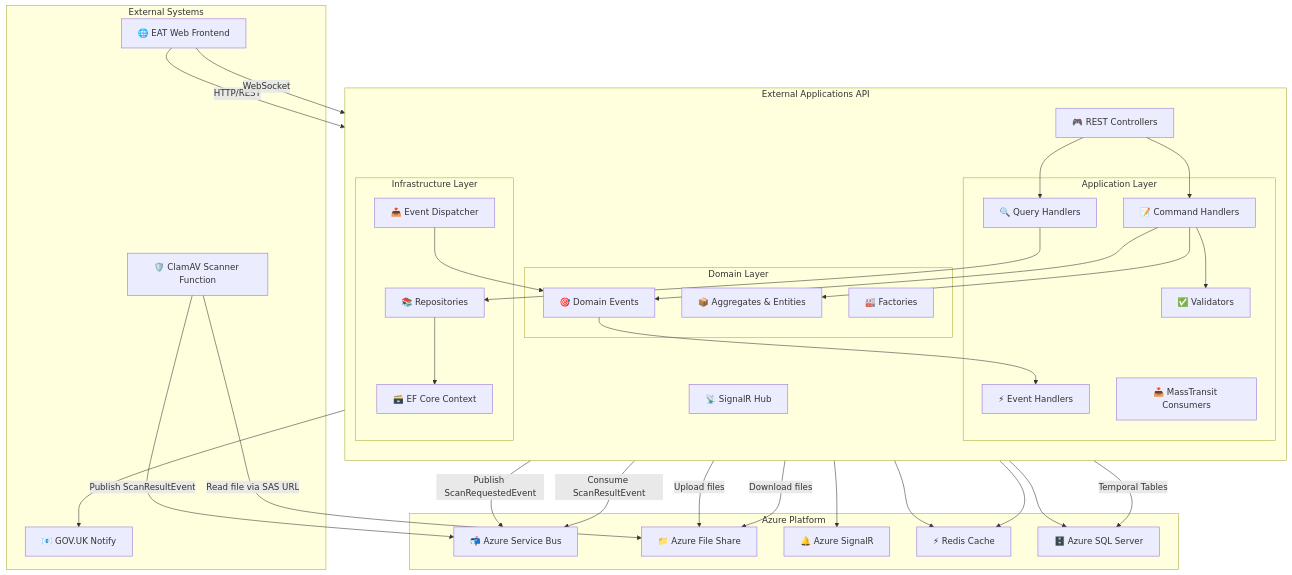
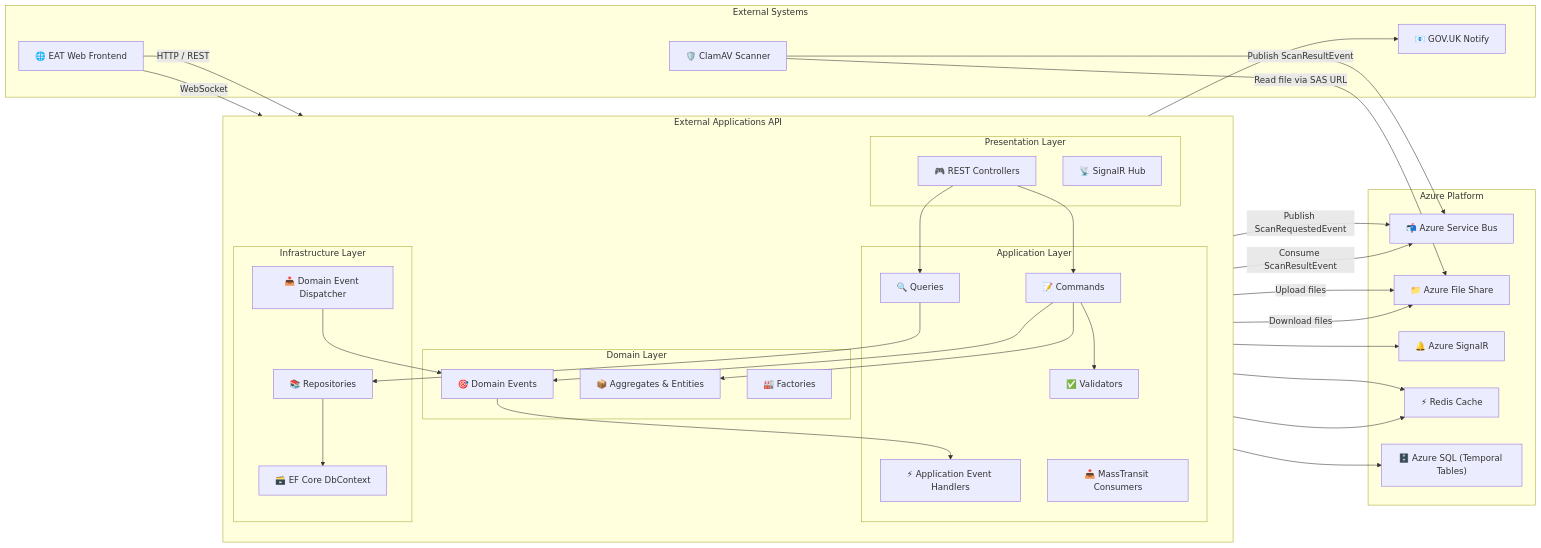
One commit to DFE-Digital/external-applications-api changed the first of 3 diagrams in README.md. Above: the diagram before and after it, drawn with Mermaid. The commit also changed other lines of this file, not shown here.

Commit message:
Revise system design and domain model diagrams
Updated system design and domain model diagrams to improve clarity and accuracy.

````diff
--- a/README.md
+++ b/README.md
@@ -41,74 +41,104 @@
 ```mermaid
-flowchart TB
+flowchart LR
+    %% =========================
+    %% External Systems
+    %% =========================
     subgraph External["External Systems"]
-        EATWeb["🌐 EAT Web Frontend"]
-        GovNotify["📧 GOV.UK Notify"]
-        ClamAV["🛡️ ClamAV Scanner Function"]
+        Web["🌐 EAT Web Frontend"]
+        Notify["📧 GOV.UK Notify"]
+        ClamAV["🛡️ ClamAV Scanner"]
     end
 
+    %% =========================
+    %% Azure Platform
+    %% =========================
     subgraph Azure["Azure Platform"]
-        ServiceBus["📬 Azure Service Bus"]
-        FileShare["📁 Azure File Share"]
-        SignalR["🔔 Azure SignalR"]
+        SB["📬 Azure Service Bus"]
+        FS["📁 Azure File Share"]
+        ASR["🔔 Azure SignalR"]
         Redis["⚡ Redis Cache"]
-        SQL["🗄️ Azure SQL Server"]
+        SQL["🗄️ Azure SQL (Temporal Tables)"]
     end
 
+    %% =========================
+    %% API
+    %% =========================
     subgraph API["External Applications API"]
         direction TB
-        Controllers["🎮 REST Controllers"]
-        Hubs["📡 SignalR Hub"]
-        
-        subgraph AppLayer["Application Layer"]
-            Commands["📝 Command Handlers"]
-            Queries["🔍 Query Handlers"]
-            Events["⚡ Event Handlers"]
+
+        %% Presentation
+        subgraph Presentation["Presentation Layer"]
+            Controllers["🎮 REST Controllers"]
+            Hubs["📡 SignalR Hub"]
+        end
+
+        %% Application
+        subgraph Application["Application Layer"]
+            Commands["📝 Commands"]
+            Queries["🔍 Queries"]
             Validators["✅ Validators"]
+            AppEvents["⚡ Application Event Handlers"]
             Consumers["📥 MassTransit Consumers"]
         end
-        
-        subgraph DomainLayer["Domain Layer"]
+
+        %% Domain
+        subgraph Domain["Domain Layer"]
             Entities["📦 Aggregates & Entities"]
             DomainEvents["🎯 Domain Events"]
             Factories["🏭 Factories"]
         end
-        
-        subgraph InfraLayer["Infrastructure Layer"]
-            DbContext["🗃️ EF Core Context"]
+
+        %% Infrastructure
+        subgraph Infrastructure["Infrastructure Layer"]
+            DbContext["🗃️ EF Core DbContext"]
             Repos["📚 Repositories"]
-            EventDispatcher["📤 Event Dispatcher"]
+            Dispatcher["📤 Domain Event Dispatcher"]
         end
     end
 
-    EATWeb -->|"HTTP/REST"| Controllers
-    EATWeb -->|"WebSocket"| Hubs
-    
+    %% =========================
+    %% Web Interaction
+    %% =========================
+    Web -->|HTTP / REST| Controllers
+    Web -->|WebSocket| Hubs
+    Hubs --> ASR
+
+    %% =========================
+    %% Request Flow
+    %% =========================
     Controllers --> Commands
     Controllers --> Queries
-    Hubs --> SignalR
-    
+
     Commands --> Validators
     Commands --> Entities
     Commands --> DomainEvents
-    
+
     Queries --> Repos
-    
-    DomainEvents --> Events
-    Events --> GovNotify
-    Events -->|"Publish ScanRequestedEvent"| ServiceBus
-    
-    Consumers -->|"Consume ScanResultEvent"| ServiceBus
-    ClamAV -->|"Publish ScanResultEvent"| ServiceBus
-    ClamAV -->|"Read file via SAS URL"| FileShare
-    
+    Queries --> Redis
+    Commands --> Redis
+
+    %% =========================
+    %% Domain & Persistence
+    %% =========================
     Repos --> DbContext
     DbContext --> SQL
-    DbContext -->|"Temporal Tables"| SQL
-    EventDispatcher --> DomainEvents
-    
-    Commands -->|"Upload files"| FileShare
-    Queries -->|"Download files"| FileShare
-    
-    Queries --> Redis
-    Commands --> Redis
+    Dispatcher --> DomainEvents
+
+    %% =========================
+    %% Events & Messaging
+    %% =========================
+    DomainEvents --> AppEvents
+    AppEvents --> Notify
+    AppEvents -->|Publish ScanRequestedEvent| SB
+
+    Consumers -->|Consume ScanResultEvent| SB
+    ClamAV -->|Publish ScanResultEvent| SB
+
+    %% =========================
+    %% File Handling
+    %% =========================
+    Commands -->|Upload files| FS
+    Queries -->|Download files| FS
+    ClamAV -->|Read file via SAS URL| FS
+
 ```
````
